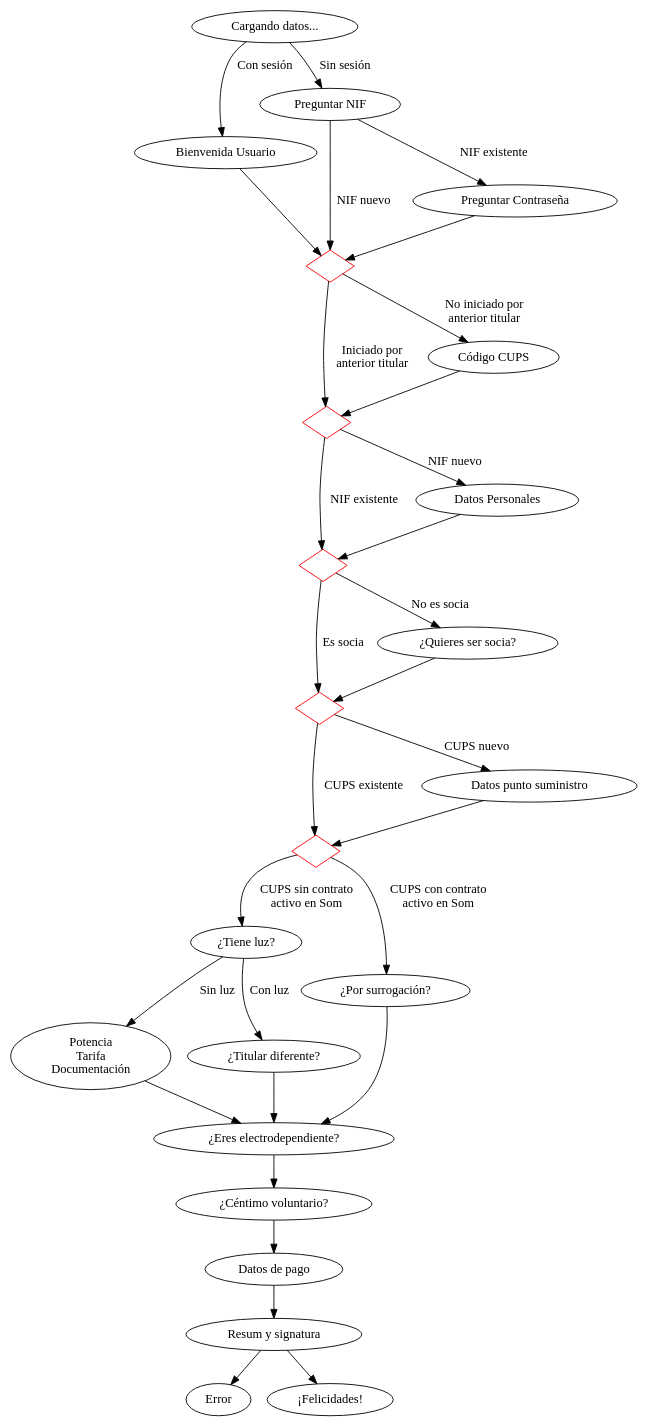
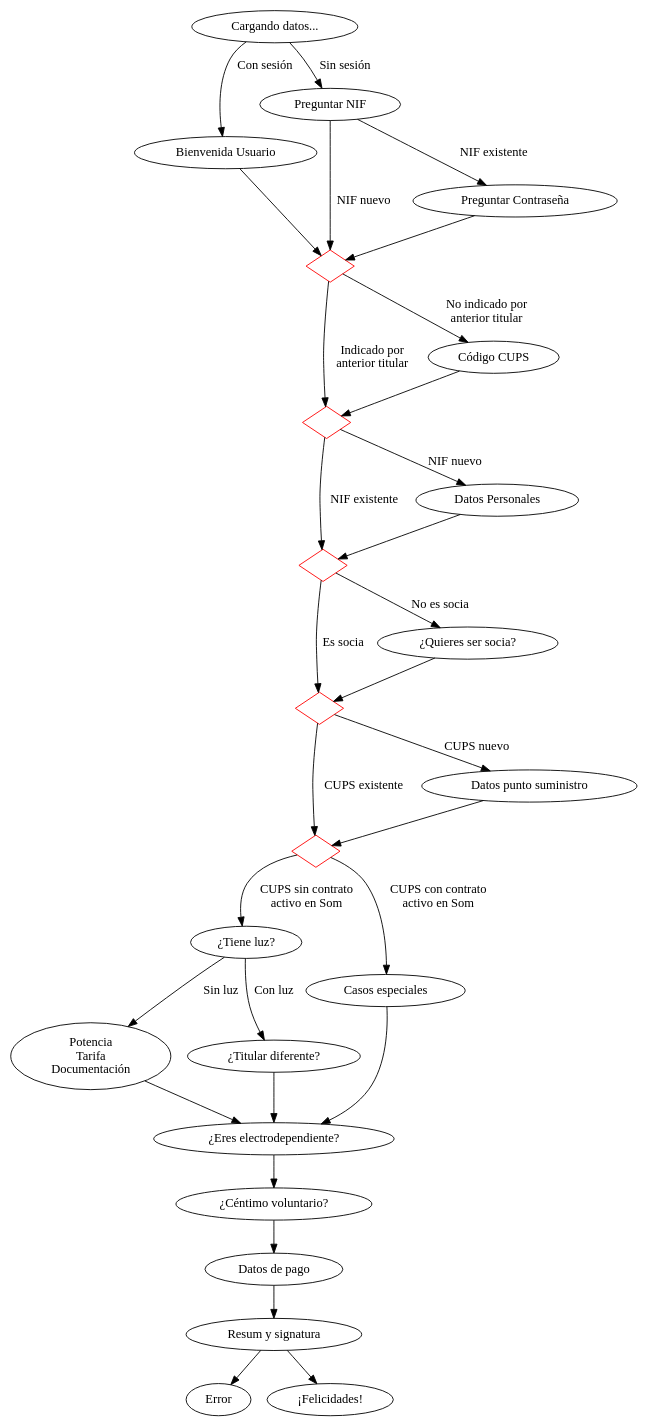
One commit to Som-Energia/webforms-mithril changed the diagram in docs/contract.dot. Above: the diagram before and after it, drawn with Graphviz. The commit also changed 1 other file, not shown here.

```diff
--- a/docs/contract.dot
+++ b/docs/contract.dot
@@ -1,57 +1,57 @@
 digraph G {
     graph [layout=dot]
     
     UserIdentified [color=red, shape=diamond, label=""]
     CupsIdentified [color=red, shape=diamond, label=""]
     MembershipSolved [color=red, shape=diamond, label=""]
     CupsDataCompleted [color=red, shape=diamond, label=""]
     PersonalDataCompleted [color=red, shape=diamond, label=""]
 
 	Loading [label="Cargando datos..."]
 	WelcomeUser [label="Bienvenida Usuario"]
 	Nif [label="Preguntar NIF"]
 	Password [label="Preguntar Contraseña"]
 	PersonalData [label="Datos Personales"]
 	CupsCode [label="Código CUPS"]
 	BecomeMember [label="¿Quieres ser socia?"]
 	CupsData [label="Datos punto suministro"]
 	HasSupply [label="¿Tiene luz?"]
 	Technical [label="Potencia\nTarifa\nDocumentación"]
 	NewHolder [label="¿Titular diferente?"]
-	Surrogation [label="¿Por surrogación?"]
+	SpecialCases [label="Casos especiales"]
 	NoCutoff [label="¿Eres electrodependiente?"]
 	VoluntaryCent [label="¿Céntimo voluntario?"]
 	Payment [label="Datos de pago"]
 	Summary [label="Resum y signatura"]
 	Error [label="Error"]
 	Success [label="¡Felicidades!"]
 
    
     Loading -> WelcomeUser [id="hasSession" label="Con sesión"]
     Loading -> Nif [id="noSession" label="Sin sesión"]
     Nif -> Password [id="existingVat" label="NIF existente"]
     Nif -> UserIdentified [id="newVat" label="NIF nuevo"]
     WelcomeUser -> UserIdentified
     Password -> UserIdentified
-    UserIdentified -> CupsCode [id="noStartedByOldHolder" label="No iniciado por\nanterior titular"]
+    UserIdentified -> CupsCode [id="noStartedByOldHolder" label="No indicado por\nanterior titular"]
     CupsCode -> CupsIdentified
-    UserIdentified -> CupsIdentified [id="startedByOldHolder" label="Iniciado por\nanterior titular"]
+    UserIdentified -> CupsIdentified [id="startedByOldHolder" label="Indicado por\nanterior titular"]
     CupsIdentified -> PersonalData [id="newVat2" label="NIF nuevo"]
     CupsIdentified -> PersonalDataCompleted [id="existingVat" label="NIF existente"]
     PersonalData -> PersonalDataCompleted
     PersonalDataCompleted -> BecomeMember [id="notMember" label="No es socia"]
     PersonalDataCompleted -> MembershipSolved [id="isMember" label="Es socia"]
     BecomeMember -> MembershipSolved
     MembershipSolved -> CupsData [id="newCups" label="CUPS nuevo"]
     MembershipSolved -> CupsDataCompleted [id="existingCups" label="CUPS existente"]
     CupsData -> CupsDataCompleted
     CupsDataCompleted -> HasSupply [id="noActiveCups" label="CUPS sin contrato\nactivo en Som"]
-    CupsDataCompleted -> Surrogation [id="isActiveCups" label="CUPS con contrato\nactivo en Som"]
+    CupsDataCompleted -> SpecialCases [id="isActiveCups" label="CUPS con contrato\nactivo en Som"]
     HasSupply -> Technical [id=noSupply label="Sin luz"]
     Technical -> NoCutoff
     HasSupply -> NewHolder [id=hasSupply label="Con luz"]
     NewHolder -> NoCutoff
-    Surrogation -> NoCutoff -> VoluntaryCent -> Payment -> Summary 
+    SpecialCases -> NoCutoff -> VoluntaryCent -> Payment -> Summary 
     Summary ->  Error
     Summary -> Success
 } 
```
